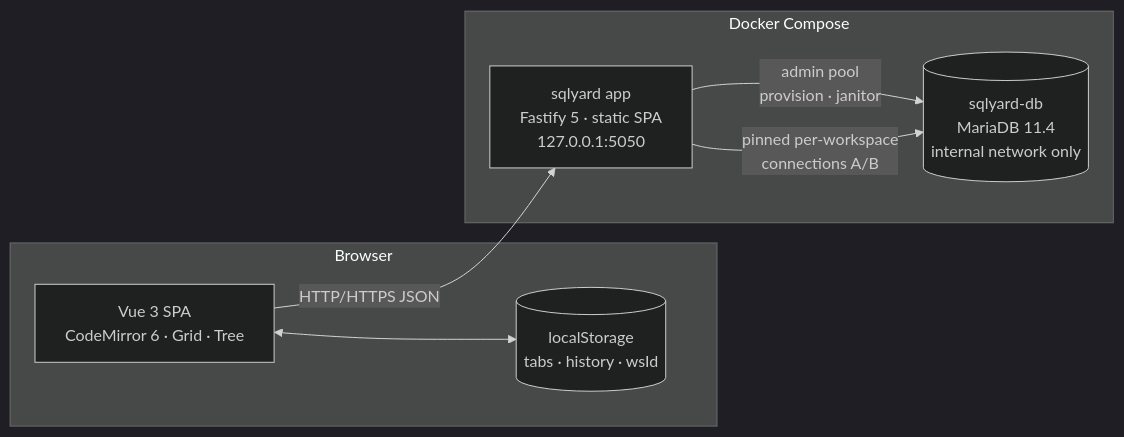
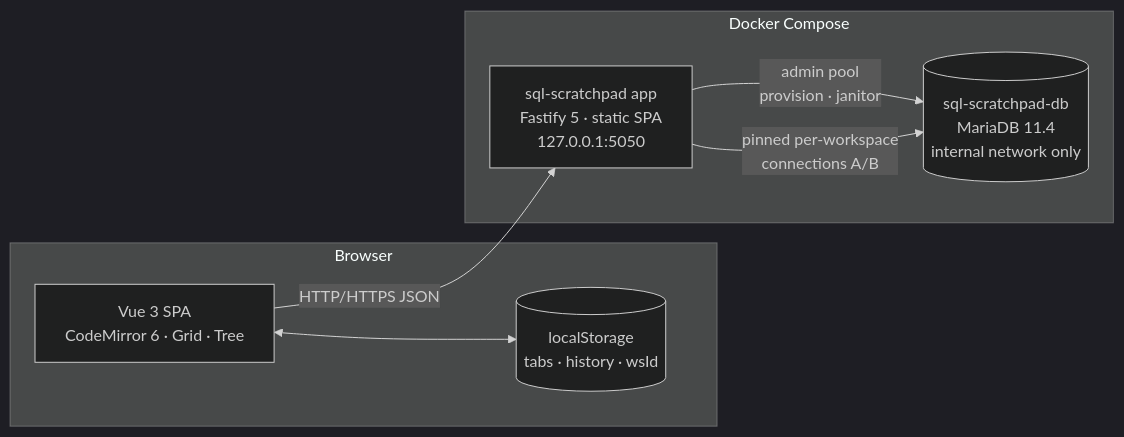
The diagram in docs/ARCHITECTURE.md (hexawulf/sql-scratchpad), drawn with Mermaid (dark theme) before and after one commit. The commit also changed other lines of this file and 56 other files, not shown here.

Commit message:
refactor: rename SQLyard to SQL Scratchpad

````diff
--- a/docs/ARCHITECTURE.md
+++ b/docs/ARCHITECTURE.md
@@ -15,17 +15,17 @@
 ```mermaid
 flowchart LR
     subgraph Browser
         UI[Vue 3 SPA<br/>CodeMirror 6 · Grid · Tree]
         LS[(localStorage<br/>tabs · history · wsId)]
         UI <--> LS
     end
 
     subgraph Containers [Docker Compose]
-        API[sqlyard app<br/>Fastify 5 · static SPA<br/>127.0.0.1:5050]
-        DB[(sqlyard-db<br/>MariaDB 11.4<br/>internal network only)]
+        API[sql-scratchpad app<br/>Fastify 5 · static SPA<br/>127.0.0.1:5050]
+        DB[(sql-scratchpad-db<br/>MariaDB 11.4<br/>internal network only)]
         API -- admin pool<br/>provision · janitor --> DB
         API -- pinned per-workspace<br/>connections A/B --> DB
     end
 
     UI -- HTTP/HTTPS JSON --> API
 ```
````
